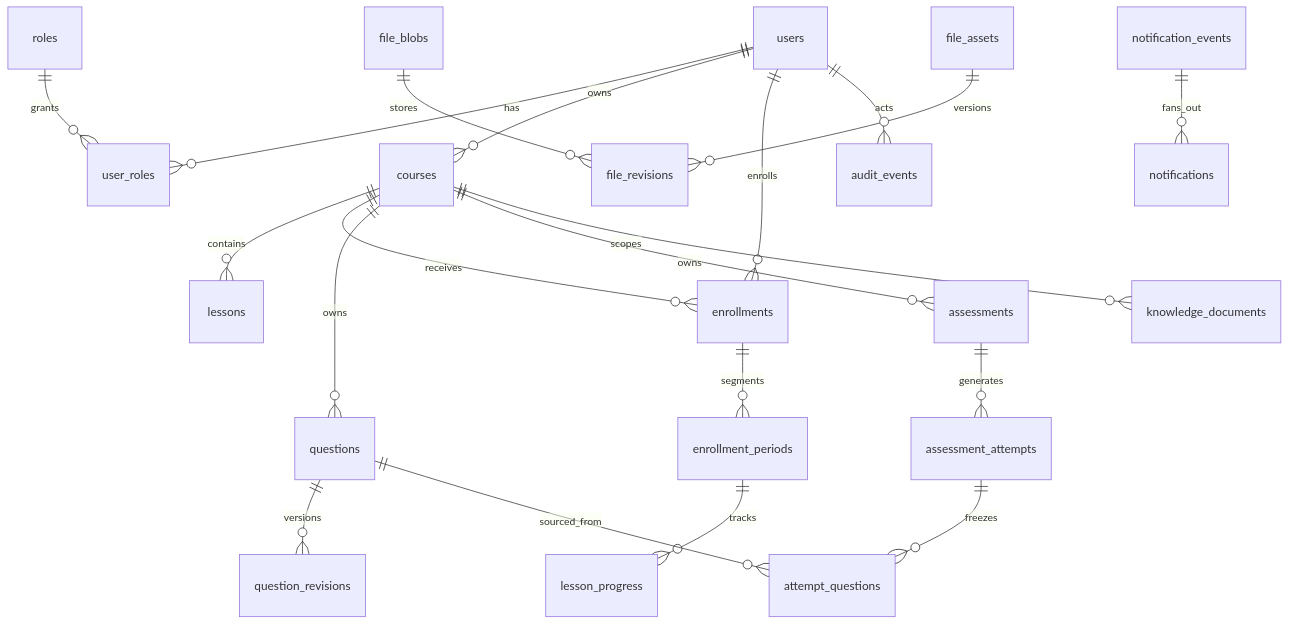
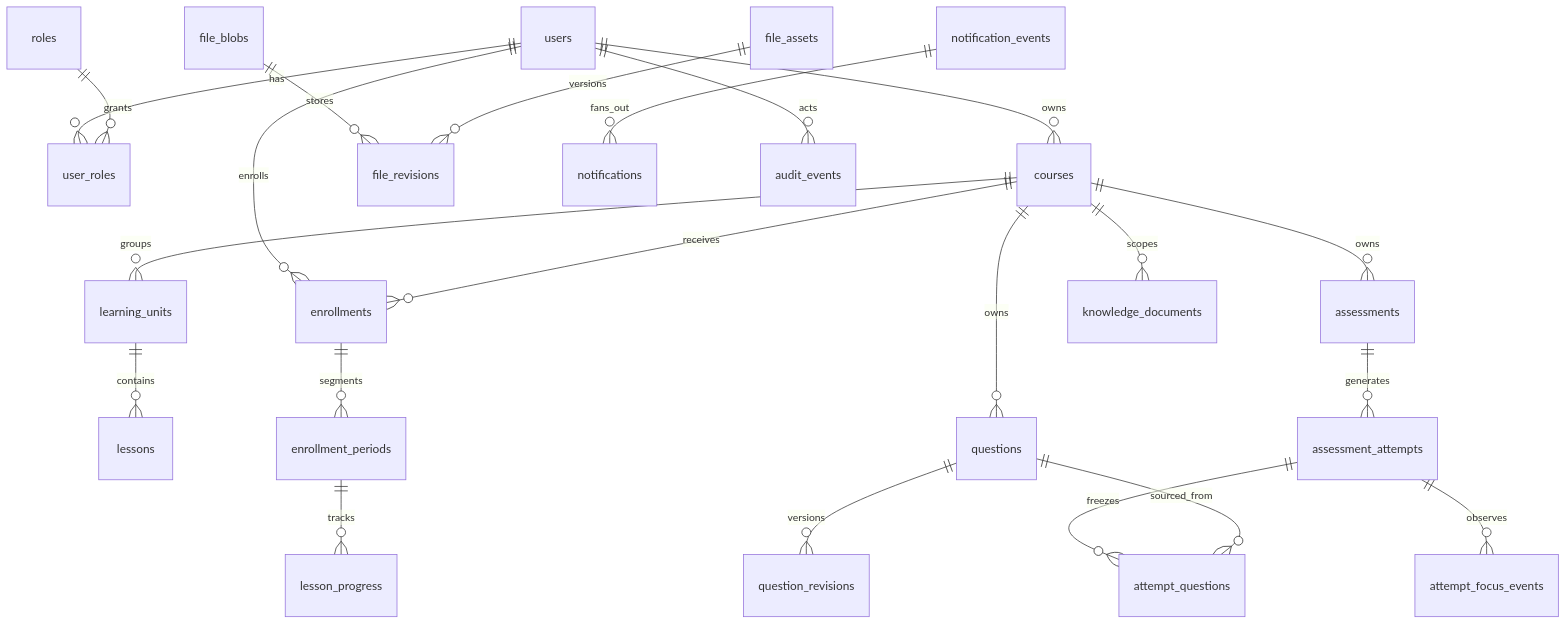
One commit to concatapchay123/PWD301 changed the first of 10 diagrams in docs/database/PWD301_DATABASE_ARCHITECTURE/03_ERD.md. Above: the diagram before and after it, drawn with Mermaid. The commit also changed other lines of this file and 85 other files, not shown here.

Commit message:
feat(workflow,units,exam): implement learning units hierarchy, exam policy settings, and UI/UX workflow redesign

````diff
--- a/docs/database/PWD301_DATABASE_ARCHITECTURE/03_ERD.md
+++ b/docs/database/PWD301_DATABASE_ARCHITECTURE/03_ERD.md
@@ -7,22 +7,24 @@
 ```mermaid
 erDiagram
     users ||--o{ user_roles : has
     roles ||--o{ user_roles : grants
     users ||--o{ courses : owns
-    courses ||--o{ lessons : contains
+    courses ||--o{ learning_units : groups
+    learning_units ||--o{ lessons : contains
     users ||--o{ enrollments : enrolls
     courses ||--o{ enrollments : receives
     enrollments ||--o{ enrollment_periods : segments
     enrollment_periods ||--o{ lesson_progress : tracks
     courses ||--o{ questions : owns
     questions ||--o{ question_revisions : versions
     courses ||--o{ assessments : owns
     assessments ||--o{ assessment_attempts : generates
+    assessment_attempts ||--o{ attempt_focus_events : observes
     assessment_attempts ||--o{ attempt_questions : freezes
     questions ||--o{ attempt_questions : sourced_from
     file_blobs ||--o{ file_revisions : stores
     file_assets ||--o{ file_revisions : versions
     courses ||--o{ knowledge_documents : scopes
     notification_events ||--o{ notifications : fans_out
     users ||--o{ audit_events : acts
 ```
````
